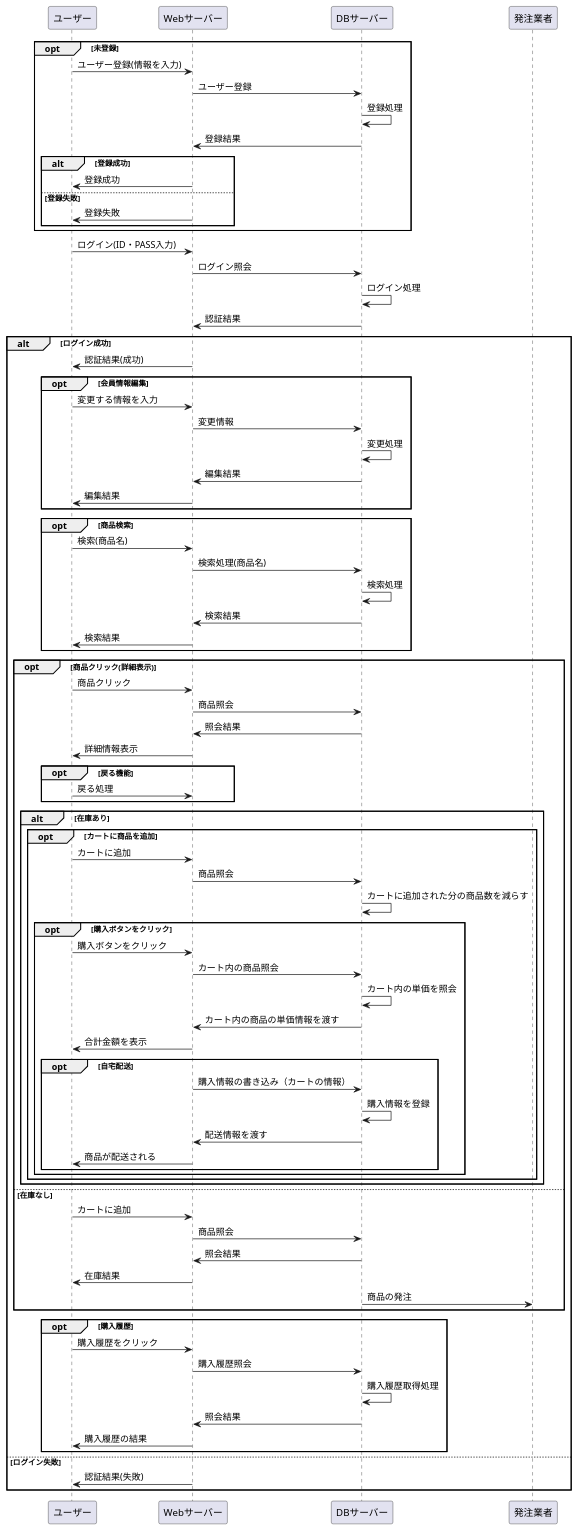
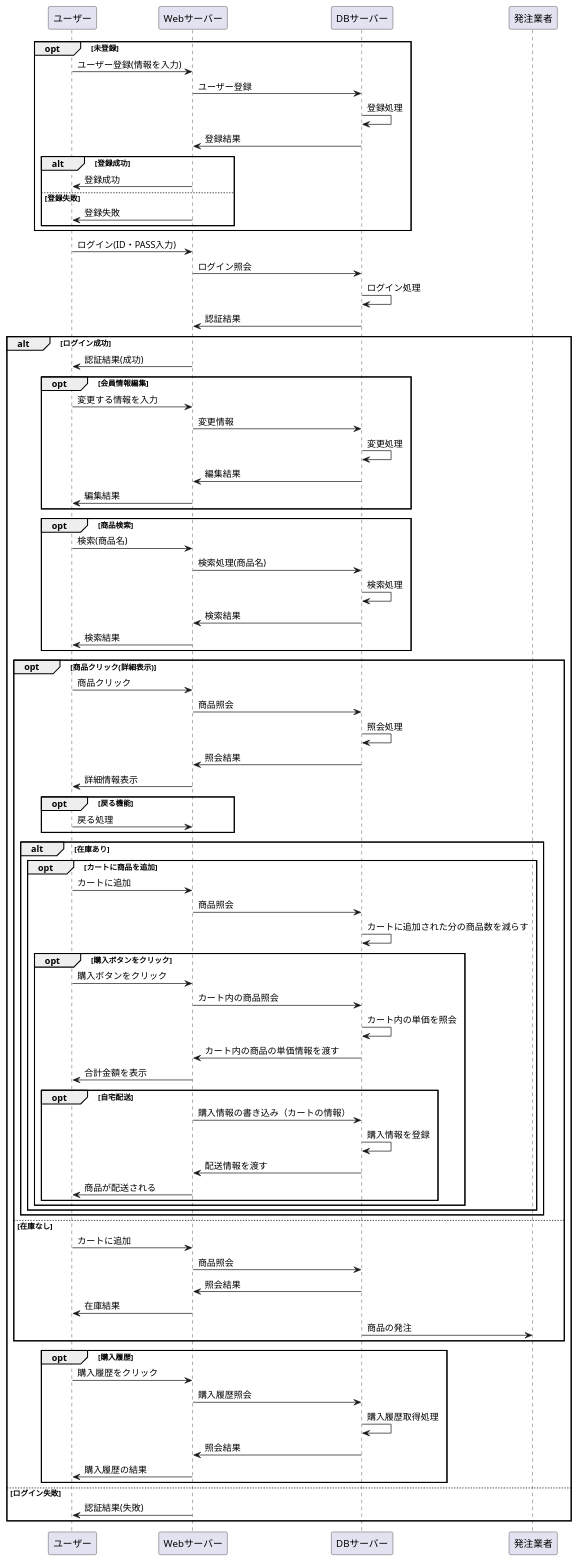
The diagram in 設計書/02_業務フロー/business-flow-test.md (Aso2001227/Aso-Sports-1), drawn with PlantUML before and after one commit.

```diff
--- a/設計書/02_業務フロー/business-flow-test.md
+++ b/設計書/02_業務フロー/business-flow-test.md
@@ -55,6 +55,7 @@
 opt 商品クリック(詳細表示)
 ユーザー -> Webサーバー : 商品クリック
 Webサーバー -> DBサーバー : 商品照会
+DBサーバー -> DBサーバー :照会処理
 DBサーバー -> Webサーバー : 照会結果
 Webサーバー -> ユーザー : 詳細情報表示
 
```
